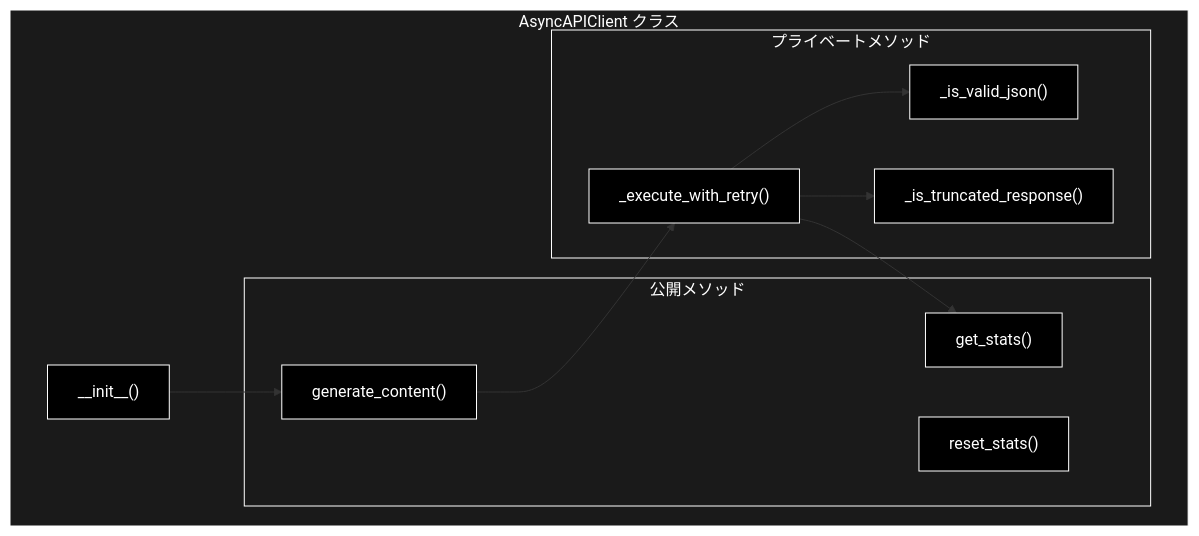
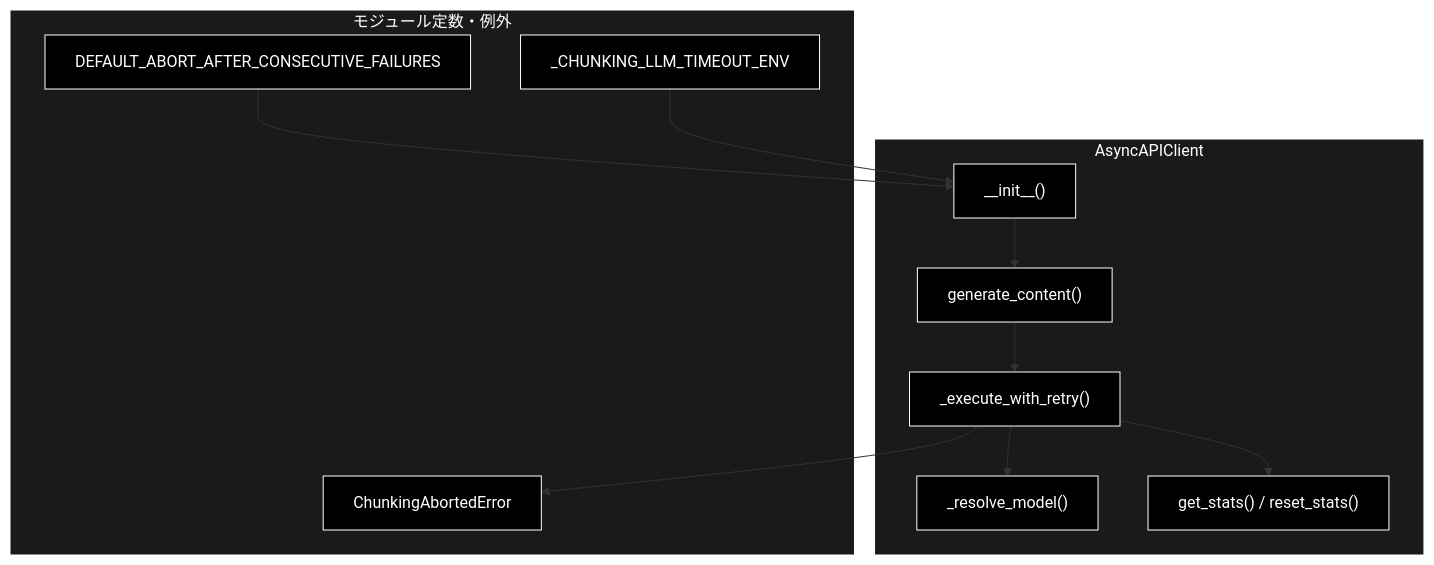
Before and after one commit to nakashima2toshio/grace_v2_local: the second of 3 diagrams in chunking/docs/async_api_client.md, drawn with Mermaid. The commit also changed other lines of this file and 22 other files, not shown here.

````diff
--- a/chunking/docs/async_api_client.md
+++ b/chunking/docs/async_api_client.md
@@ -115,30 +130,29 @@
 ```mermaid
 flowchart TB
-    subgraph ASYNC_CLIENT["AsyncAPIClient クラス"]
-        INIT["__init__()"]
-
-        subgraph PUBLIC["公開メソッド"]
-            GEN["generate_content()"]
-            STATS["get_stats()"]
-            RESET["reset_stats()"]
-        end
-
-        subgraph PRIVATE["プライベートメソッド"]
-            RETRY["_execute_with_retry()"]
-            VALID_JSON["_is_valid_json()"]
-            TRUNCATED["_is_truncated_response()"]
-        end
+    subgraph CONST["モジュール定数・例外"]
+        DEF["DEFAULT_ABORT_AFTER_CONSECUTIVE_FAILURES"]
+        TENV["_CHUNKING_LLM_TIMEOUT_ENV"]
+        ERR["ChunkingAbortedError"]
     end
 
-    INIT --> GEN
-    GEN --> RETRY
-    RETRY --> VALID_JSON
-    RETRY --> TRUNCATED
-    RETRY --> STATS
+    subgraph CLS["AsyncAPIClient"]
+        INIT["__init__()"]
+        RESOLVE["_resolve_model()"]
+        GENC["generate_content()"]
+        EXEC["_execute_with_retry()"]
+        STATS["get_stats() / reset_stats()"]
+    end
+
+    DEF --> INIT
+    TENV --> INIT
+    INIT --> GENC
+    GENC --> EXEC
+    EXEC --> RESOLVE
+    EXEC --> ERR
+    EXEC --> STATS
 classDef default fill:#000,stroke:#fff,color:#fff
 classDef subgraphStyle fill:#1a1a1a,stroke:#fff,color:#fff
-class INIT,GEN,STATS,RESET,RETRY,VALID_JSON,TRUNCATED default
-style ASYNC_CLIENT fill:#1a1a1a,stroke:#fff,color:#fff
-style PUBLIC fill:#1a1a1a,stroke:#fff,color:#fff
-style PRIVATE fill:#1a1a1a,stroke:#fff,color:#fff
+class DEF,TENV,ERR,INIT,RESOLVE,GENC,EXEC,STATS default
+style CONST fill:#1a1a1a,stroke:#fff,color:#fff
+style CLS fill:#1a1a1a,stroke:#fff,color:#fff
 ```
````
